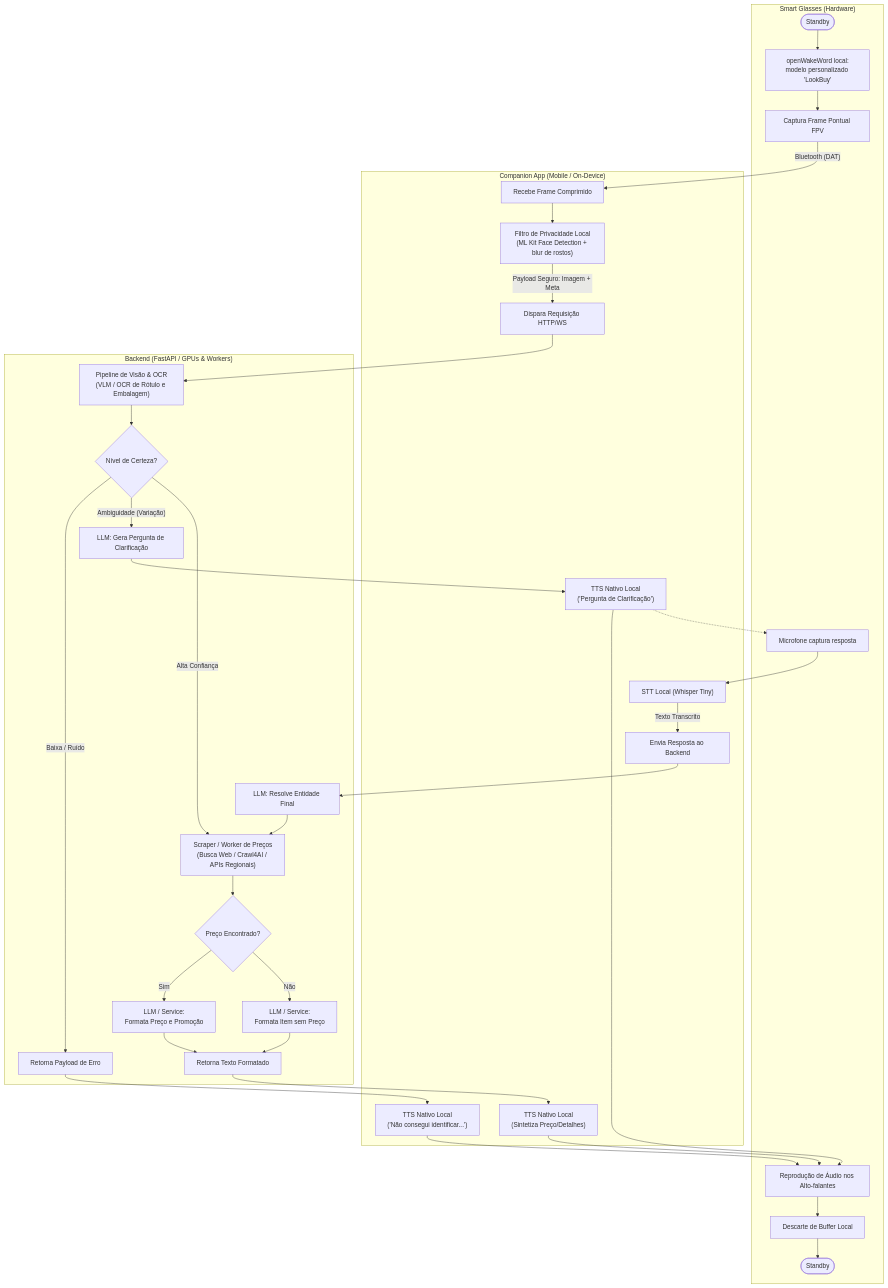
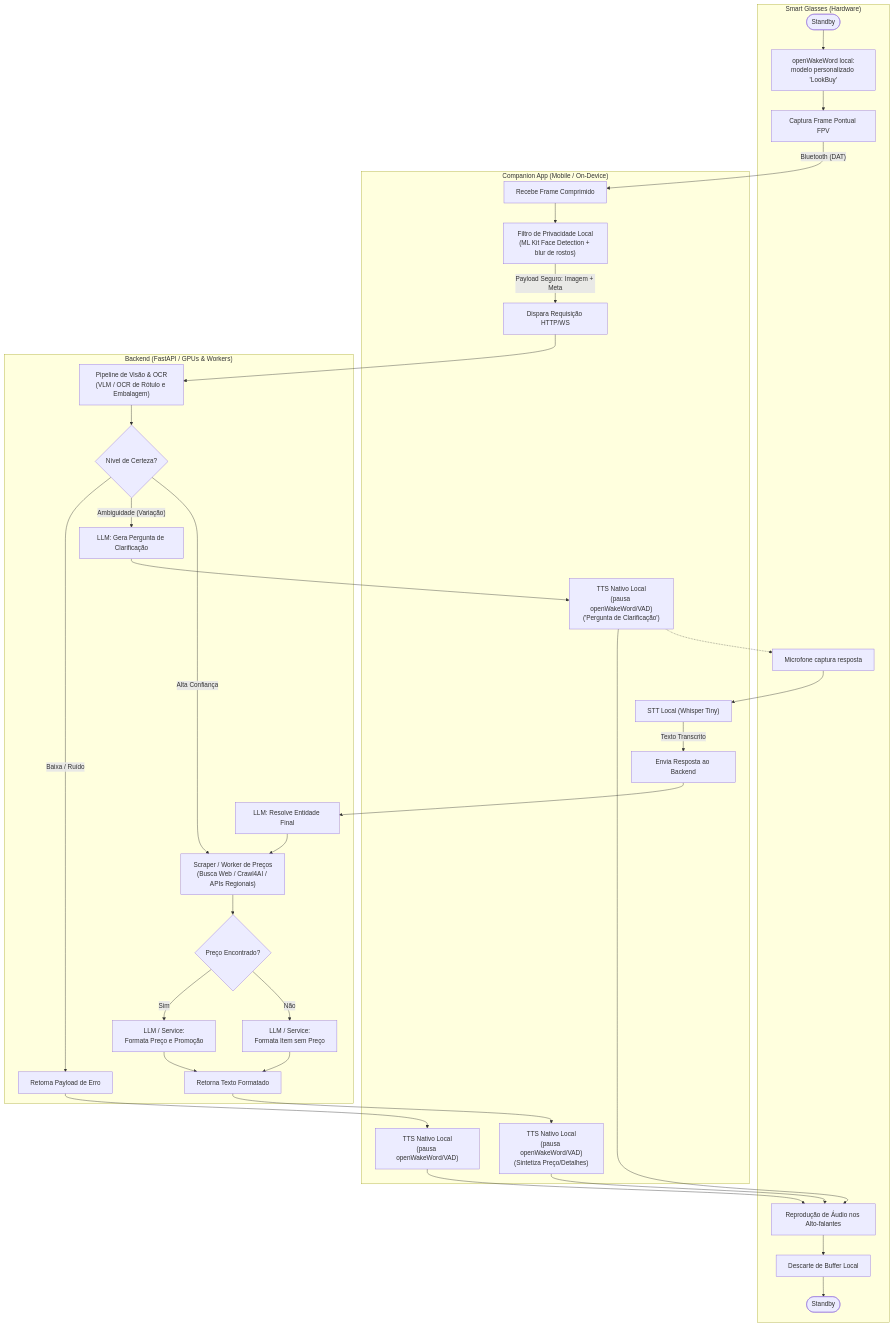
Before and after one commit to Guifranso/hackaton-meta-lookbuy: the diagram in mobile/docs/LookBuy_Arquitetura.md, drawn with Mermaid. The commit also changed other lines of this file and 4 other files, not shown here.

````diff
--- a/mobile/docs/LookBuy_Arquitetura.md
+++ b/mobile/docs/LookBuy_Arquitetura.md
@@ -7,67 +7,67 @@
 ```mermaid
 flowchart TB
  subgraph Glasses["Smart Glasses (Hardware)"]
         VoiceTrigger@{ label: "openWakeWord local:\nmodelo personalizado 'LookBuy'" }
         Start(["Standby"])
         CaptureFrame["Captura Frame Pontual FPV"]
         MicCapture["Microfone captura resposta"]
 
         DiscardLocalMem["Descarte de Buffer Local"]
         PlayAudioOut["Reprodução de Áudio nos Alto-falantes"]
         EndState(["Standby"])
   end
  subgraph CompanionApp["Companion App (Mobile / On-Device)"]
         OffloadToApp["Recebe Frame Comprimido"]
         PrivacyFilter["Filtro de Privacidade Local\n(ML Kit Face Detection + blur de rostos)"]
         SendToBackend["Dispara Requisição HTTP/WS"]
-        LocalTTS_Fail@{ label: "TTS Nativo Local\n('Não consegui identificar...')" }
-        LocalTTS_Ask@{ label: "TTS Nativo Local\n('Pergunta de Clarificação')" }
+        LocalTTS_Fail@{ label: "TTS Nativo Local\n(pausa openWakeWord/VAD)" }
+        LocalTTS_Ask@{ label: "TTS Nativo Local\n(pausa openWakeWord/VAD)\n('Pergunta de Clarificação')" }
         OnDeviceSTT["STT Local (Whisper Tiny)"]
         SendVoiceClarification["Envia Resposta ao Backend"]
-        LocalTTS_Success["TTS Nativo Local\n(Sintetiza Preço/Detalhes)"]
+        LocalTTS_Success["TTS Nativo Local\n(pausa openWakeWord/VAD)\n(Sintetiza Preço/Detalhes)"]
   end
  subgraph Backend["Backend (FastAPI / GPUs & Workers)"]
         VLMInference["Pipeline de Visão & OCR\n(VLM / OCR de Rótulo e Embalagem)"]
         CheckConfidence{"Nível de Certeza?"}
         RespFail["Retorna Payload de Erro"]
         LLMClarification["LLM: Gera Pergunta de Clarificação"]
         LLMResolve["LLM: Resolve Entidade Final"]
         PriceScraper["Scraper / Worker de Preços\n(Busca Web / Crawl4AI / APIs Regionais)"]
         CheckAPI{"Preço Encontrado?"}
         FormatSuccess["LLM / Service:\nFormata Preço e Promoção"]
         FormatFallback["LLM / Service:\nFormata Item sem Preço"]
         SendSuccessPayload["Retorna Texto Formatado"]
   end
     Start --> VoiceTrigger
     VoiceTrigger --> CaptureFrame
     PlayAudioOut --> DiscardLocalMem
     DiscardLocalMem --> EndState
     CaptureFrame -- "Bluetooth (DAT)" --> OffloadToApp
     OffloadToApp --> PrivacyFilter
     PrivacyFilter -- Payload Seguro: Imagem + Meta --> SendToBackend
     LocalTTS_Fail --> PlayAudioOut
     LocalTTS_Ask --> PlayAudioOut
     MicCapture --> OnDeviceSTT
     OnDeviceSTT -- Texto Transcrito --> SendVoiceClarification
     LocalTTS_Success --> PlayAudioOut
     SendToBackend --> VLMInference
     VLMInference --> CheckConfidence
     CheckConfidence -- Baixa / Ruído --> RespFail
     RespFail --> LocalTTS_Fail
     CheckConfidence -- Ambiguidade (Variação) --> LLMClarification
     LLMClarification --> LocalTTS_Ask
     LocalTTS_Ask -.-> MicCapture
     SendVoiceClarification --> LLMResolve
     LLMResolve --> PriceScraper
     CheckConfidence -- Alta Confiança --> PriceScraper
     PriceScraper --> CheckAPI
     CheckAPI -- Sim --> FormatSuccess
     CheckAPI -- Não --> FormatFallback
     FormatSuccess --> SendSuccessPayload
     FormatFallback --> SendSuccessPayload
     SendSuccessPayload --> LocalTTS_Success
 
     VoiceTrigger@{ shape: rect}
     LocalTTS_Fail@{ shape: rect}
     LocalTTS_Ask@{ shape: rect}
 ```
````
